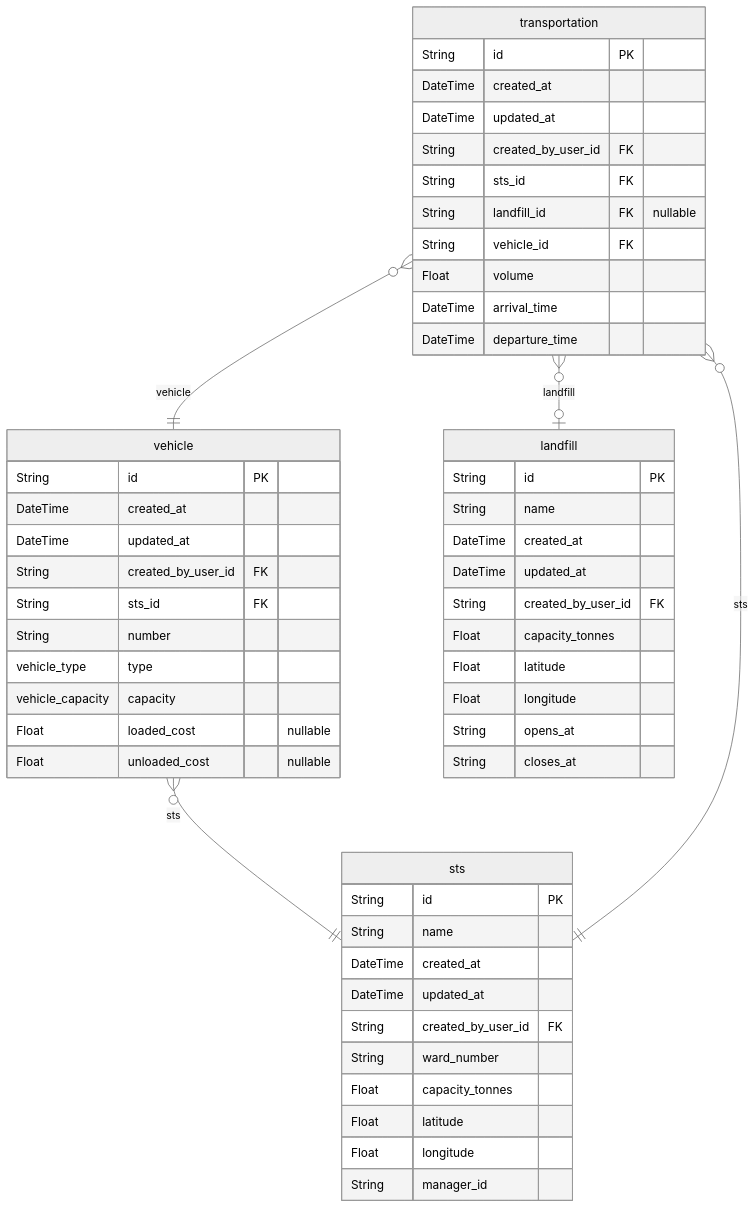
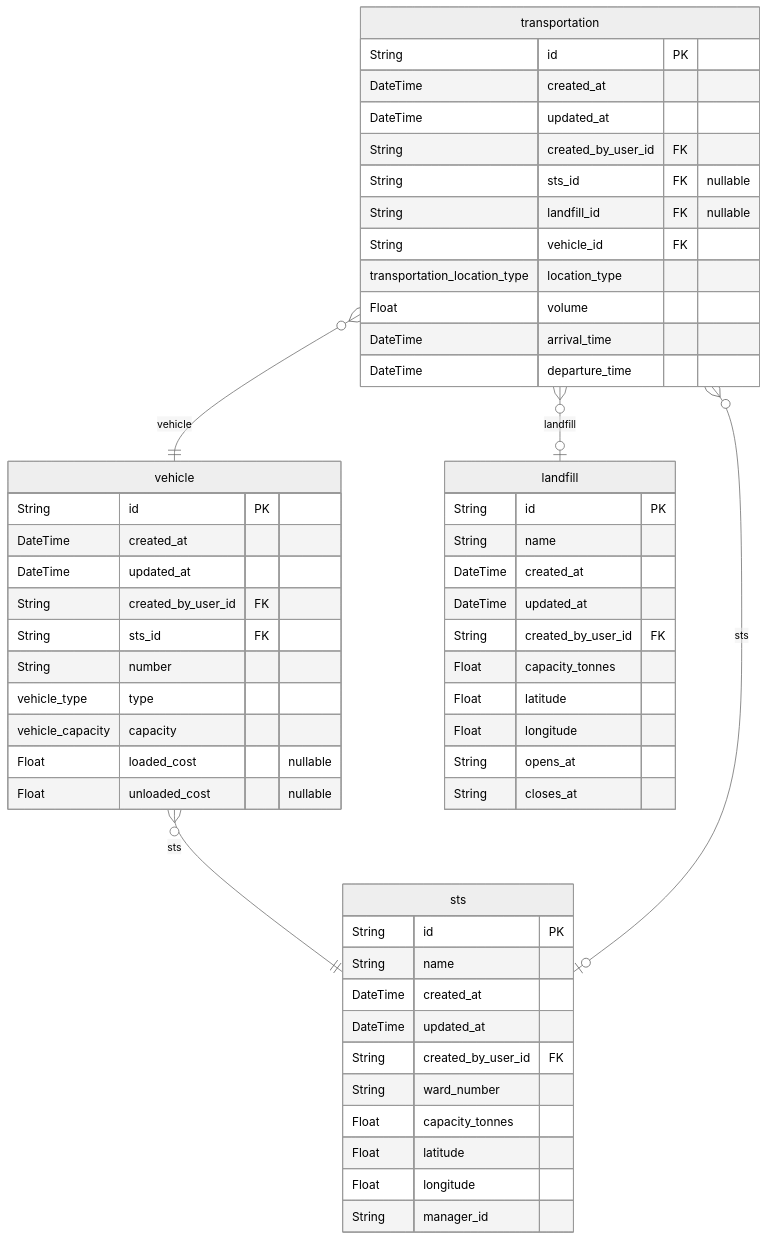
One commit to nurulhudaapon/codesamurai-final changed the second of 2 diagrams in packages/db/README.md. Above: the diagram before and after it, drawn with Mermaid (neutral theme). The commit also changed other lines of this file and 31 other files, not shown here.

````diff
--- a/packages/db/README.md
+++ b/packages/db/README.md
@@ -98,55 +98,56 @@
 ```mermaid
 erDiagram
 "vehicle" {
   String id PK
   DateTime created_at
   DateTime updated_at
   String created_by_user_id FK
   String sts_id FK
   String number
   vehicle_type type
   vehicle_capacity capacity
   Float loaded_cost "nullable"
   Float unloaded_cost "nullable"
 }
 "sts" {
   String id PK
   String name
   DateTime created_at
   DateTime updated_at
   String created_by_user_id FK
   String ward_number
   Float capacity_tonnes
   Float latitude
   Float longitude
   String manager_id
 }
 "landfill" {
   String id PK
   String name
   DateTime created_at
   DateTime updated_at
   String created_by_user_id FK
   Float capacity_tonnes
   Float latitude
   Float longitude
   String opens_at
   String closes_at
 }
 "transportation" {
   String id PK
   DateTime created_at
   DateTime updated_at
   String created_by_user_id FK
-  String sts_id FK
+  String sts_id FK "nullable"
   String landfill_id FK "nullable"
   String vehicle_id FK
+  transportation_location_type location_type
   Float volume
   DateTime arrival_time
   DateTime departure_time
 }
 "vehicle" }o--|| "sts" : sts
-"transportation" }o--|| "sts" : sts
+"transportation" }o--o| "sts" : sts
 "transportation" }o--o| "landfill" : landfill
 "transportation" }o--|| "vehicle" : vehicle
 ```
````
